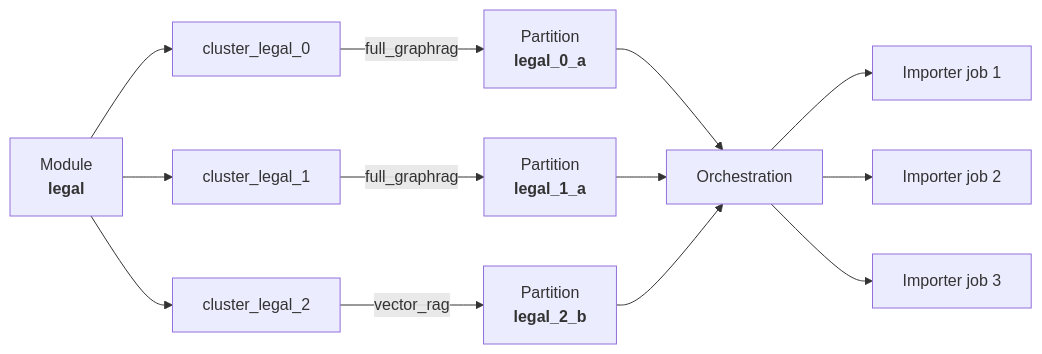
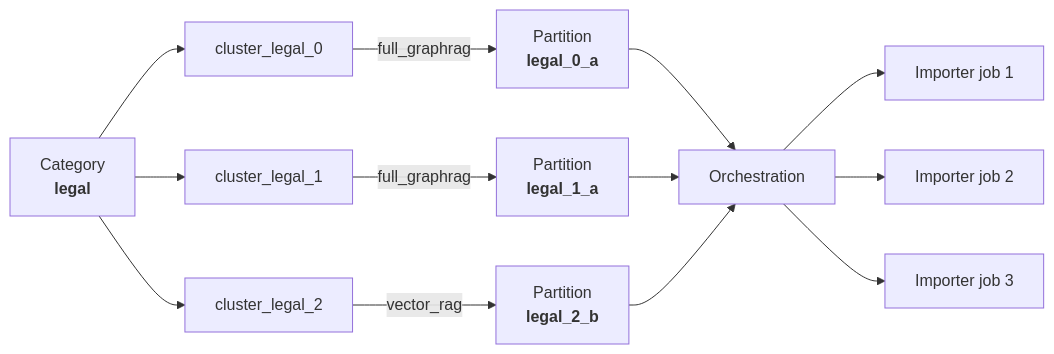
Before and after one commit to arangodb/docs-hugo: the diagram in site/content/contextual-data-platform/autograph/importer/_index.md, drawn with Mermaid. The commit also changed other lines of this file and 82 other files, not shown here.

````diff
--- a/site/content/contextual-data-platform/autograph/importer/_index.md
+++ b/site/content/contextual-data-platform/autograph/importer/_index.md
@@ -87,24 +82,24 @@
 ```mermaid
 flowchart LR
-  module["`Module
+  module["`Category
     **legal**`"]
 
   module --> cluster0["cluster_legal_0"]
   module --> cluster1["cluster_legal_1"]
   module --> cluster2["cluster_legal_2"]
 
   cluster0 -->|full_graphrag| part0["`Partition
     **legal_0_a**`"]
   cluster1 -->|full_graphrag| part1["`Partition
     **legal_1_a**`"]
   cluster2 -->|vector_rag| part2["`Partition
     **legal_2_b**`"]
 
   part0 --> orch["Orchestration"]
   part1 --> orch
   part2 --> orch
 
   orch --> job0["Importer job 1"]
   orch --> job1["Importer job 2"]
   orch --> job2["Importer job 3"]
 ```
````
